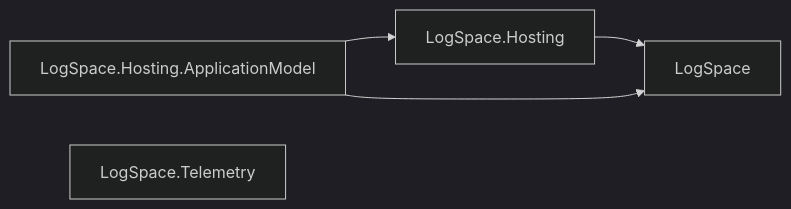
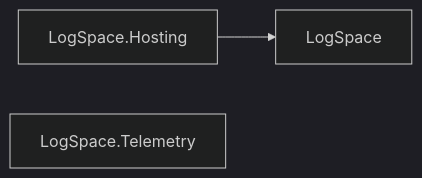
One commit to assimalign/cohesion changed diagram 19 of 27 in docs/DEPENDENCIES.md. Above: the diagram before and after it, drawn with Mermaid (dark theme). The commit also changed other lines of this file and 144 other files, not shown here.

First line of the commit message:
feat(fabric): add the fabric/ root with base application-model contracts

````diff
--- a/docs/DEPENDENCIES.md
+++ b/docs/DEPENDENCIES.md
@@ -808,10 +825,7 @@
 ```mermaid
 flowchart LR
     N0["LogSpace"]
     N1["LogSpace.Hosting"]
-    N2["LogSpace.Hosting.ApplicationModel"]
-    N3["LogSpace.Telemetry"]
+    N2["LogSpace.Telemetry"]
     N1 --> N0
-    N2 --> N0
-    N2 --> N1
 ```
````
